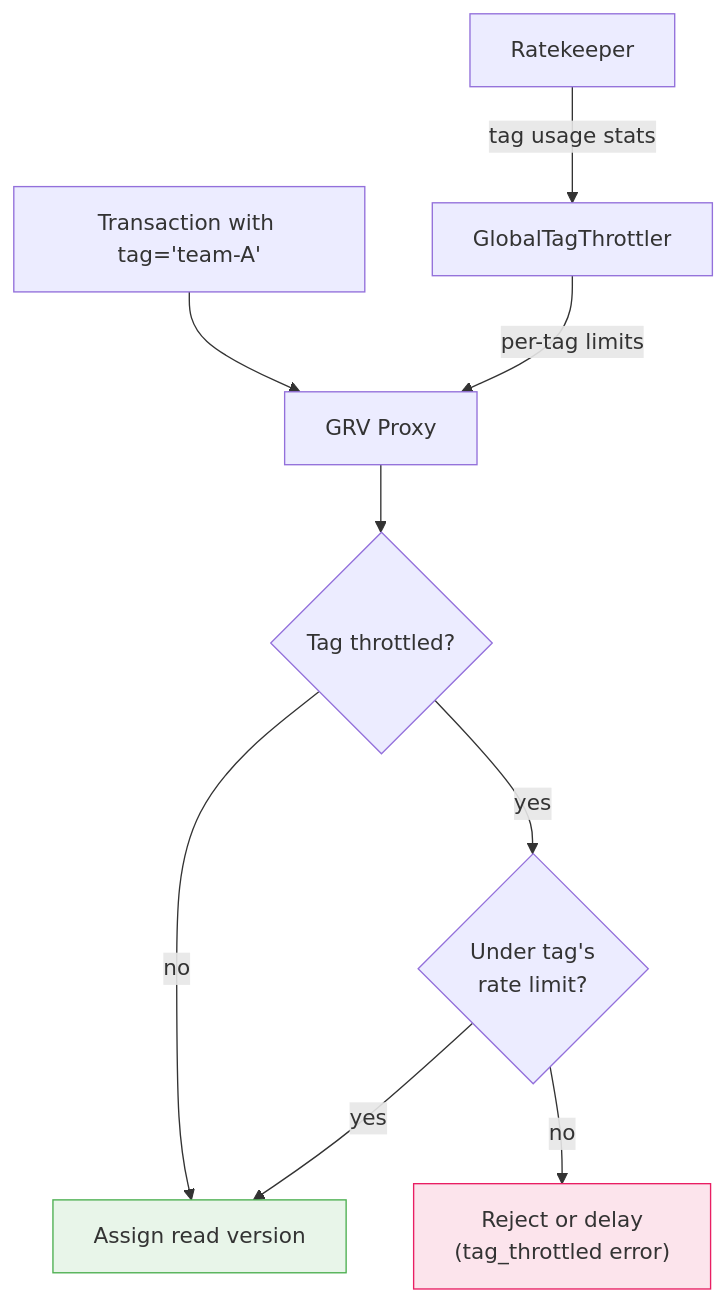
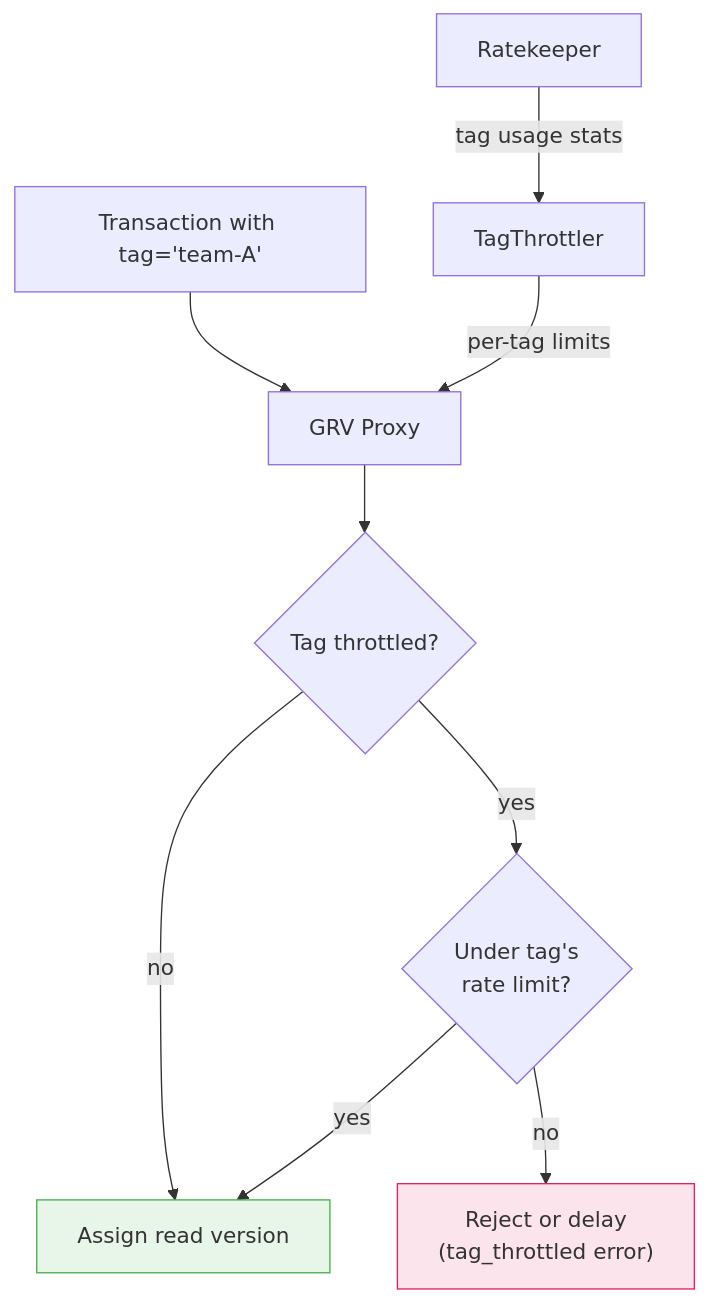
Before and after one commit to apple/foundationdb: the third of 3 diagrams in design/AI-generated/diagram_10_ratekeeper.md, drawn with Mermaid. The commit also changed other lines of this file and 33 other files, not shown here.

````diff
--- a/design/AI-generated/diagram_10_ratekeeper.md
+++ b/design/AI-generated/diagram_10_ratekeeper.md
@@ -77,16 +76,16 @@
 ```mermaid
 graph TD
     Txn["Transaction with tag='team-A'"]
     Txn --> GRV["GRV Proxy"]
     GRV --> CheckTag{"Tag throttled?"}
     CheckTag -->|no| Proceed["Assign read version"]
     CheckTag -->|yes| CheckRate{"Under tag's\nrate limit?"}
     CheckRate -->|yes| Proceed
     CheckRate -->|no| ThrottleResp["Reject or delay\n(tag_throttled error)"]
 
-    GTT["GlobalTagThrottler"] -->|"per-tag limits"| GRV
-    RK["Ratekeeper"] -->|"tag usage stats"| GTT
+    TT["TagThrottler"] -->|"per-tag limits"| GRV
+    RK["Ratekeeper"] -->|"tag usage stats"| TT
 
     style ThrottleResp fill:#fce4ec,stroke:#e91e63
     style Proceed fill:#e8f5e9,stroke:#4caf50
 ```
````
